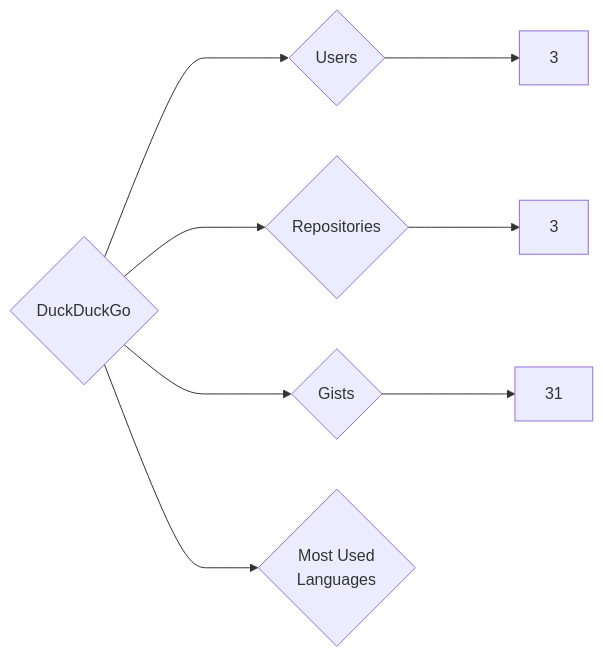
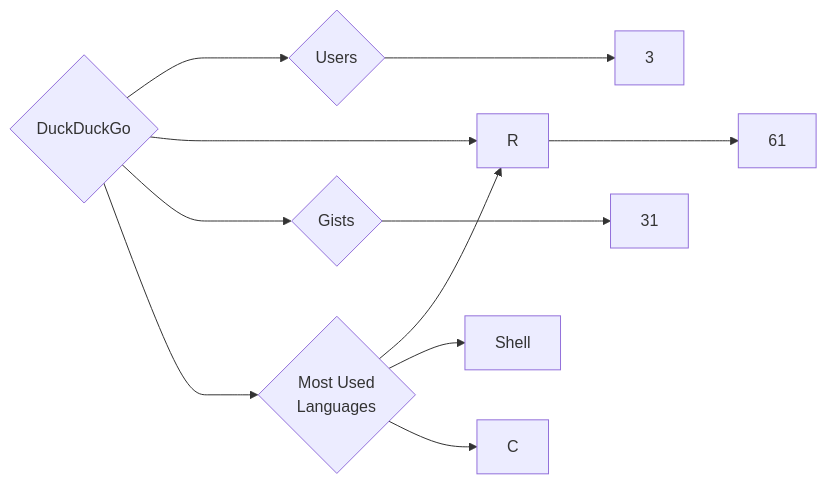
Before and after one commit to trickest/insiders: the diagram in targets/DuckDuckGo/README.md, drawn with Mermaid. The commit also changed 1023 other files, not shown here.

````diff
--- a/targets/DuckDuckGo/README.md
+++ b/targets/DuckDuckGo/README.md
@@ -3,8 +3,11 @@
 ```mermaid
 graph LR
 COMPANY_NAME{DuckDuckGo}
 COMPANY_NAME ---> U{Users} ---> UN[3]
-COMPANY_NAME ---> R{Repositories} ---> RN[3]
+COMPANY_NAME ---> R{Repositories} ---> RN[61]
 COMPANY_NAME ---> G{Gists} ---> GN[31]
 COMPANY_NAME ---> ML{Most Used<br>Languages}
+ML --> R[R]
+ML --> Shell[Shell]
+ML --> C[C]
 ```
````
